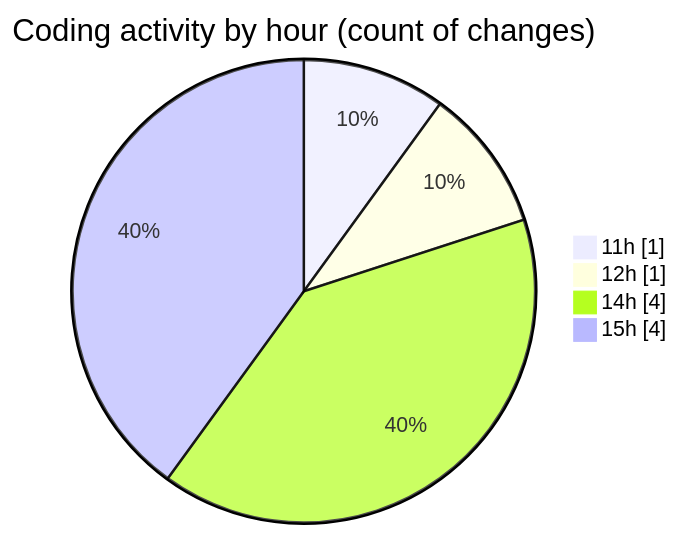
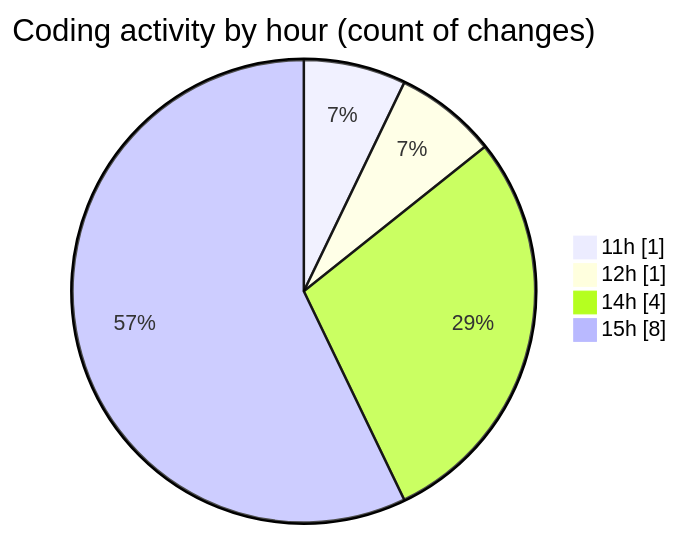
One commit to debugP/code-tracking changed the second of 2 diagrams in 2026-07-30/untitled__workspace_/README.md. Above: the diagram before and after it, drawn with Mermaid. The commit also changed other lines of this file and 1 other file, not shown here.

````diff
--- a/2026-07-30/untitled__workspace_/README.md
+++ b/2026-07-30/untitled__workspace_/README.md
@@ -28,8 +28,8 @@
 ```mermaid
 pie showData
 title Coding activity by hour (count of changes)
 "11h" : 1
 "12h" : 1
 "14h" : 4
-"15h" : 4
+"15h" : 8
 ```
````
